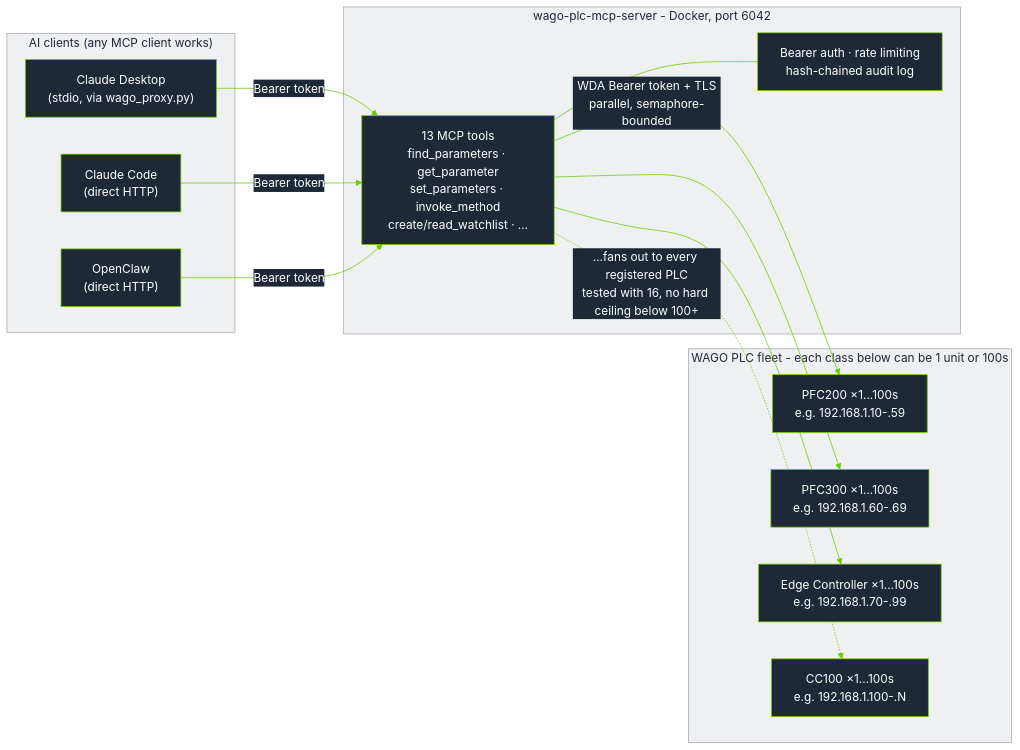
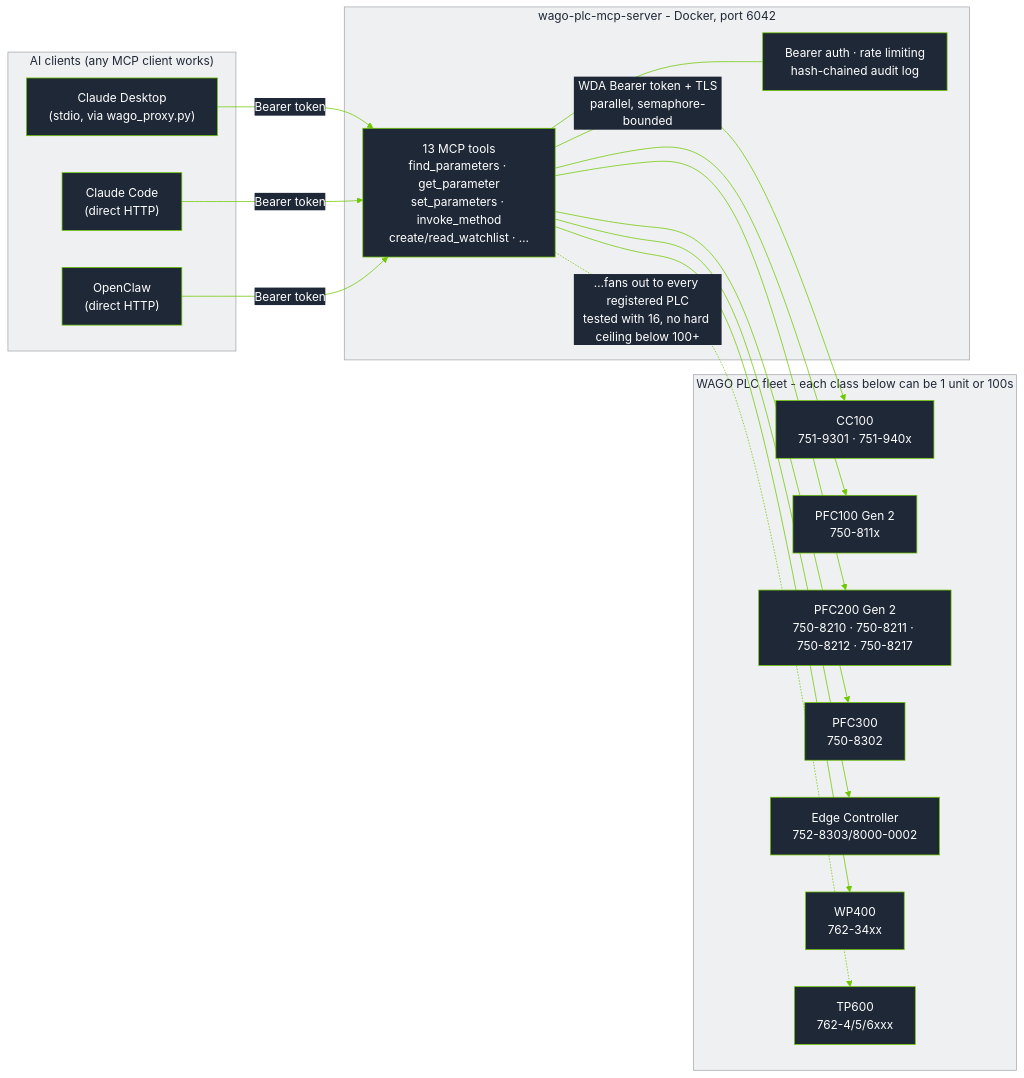
Before and after one commit to WagoAlex/wago-plc-mcp-server: the diagram in README.md, drawn with Mermaid. The commit also changed other lines of this file, not shown here.

Commit message:
docs: correct article numbers, add PFC100 G2 to hardware table and architecture diagram

````diff
--- a/README.md
+++ b/README.md
@@ -84,46 +84,52 @@
 ```mermaid
 %%{init: {'theme':'base', 'themeVariables': {
   'primaryColor':'#1F2837',
   'primaryTextColor':'#ffffff',
   'primaryBorderColor':'#6EC800',
   'lineColor':'#6EC800',
   'secondaryColor':'#EFF0F1',
   'secondaryTextColor':'#1F2837',
   'secondaryBorderColor':'#A5A8AF',
   'tertiaryColor':'#FFFFFF',
   'tertiaryTextColor':'#1F2837',
   'tertiaryBorderColor':'#DEDFE1',
   'fontFamily':'Segoe UI, Helvetica, Arial, sans-serif',
   'clusterBkg':'#EFF0F1',
   'clusterBorder':'#A5A8AF',
   'edgeLabelBackground':'#1F2837'
 }}}%%
 flowchart LR
     subgraph Clients["AI clients (any MCP client works)"]
         CD["Claude Desktop<br/>(stdio, via wago_proxy.py)"]
         CC["Claude Code<br/>(direct HTTP)"]
         OC["OpenClaw<br/>(direct HTTP)"]
     end
 
     CD -- "Bearer token" --> MCP
     CC -- "Bearer token" --> MCP
     OC -- "Bearer token" --> MCP
 
     subgraph Server["wago-plc-mcp-server - Docker, port 6042"]
         MCP["13 MCP tools<br/>find_parameters · get_parameter<br/>set_parameters · invoke_method<br/>create/read_watchlist · …"]
         Guard["Bearer auth · rate limiting<br/>hash-chained audit log"]
         MCP --- Guard
     end
 
     MCP -- "WDA Bearer token + TLS<br/>parallel, semaphore-bounded" --> P1
     MCP --> P2
     MCP --> P3
+    MCP --> P4
+    MCP --> P5
+    MCP --> P6
     MCP -. "…fans out to every registered PLC<br/>tested with 16, no hard ceiling below 100+" .-> Pn
 
     subgraph Fleet["WAGO PLC fleet - each class below can be 1 unit or 100s"]
-        P1["PFC200 ×1...100s<br/>e.g. 192.168.1.10-.59"]
-        P2["PFC300 ×1...100s<br/>e.g. 192.168.1.60-.69"]
-        P3["Edge Controller ×1...100s<br/>e.g. 192.168.1.70-.99"]
-        Pn["CC100 ×1...100s<br/>e.g. 192.168.1.100-.N"]
+        P1["CC100<br/>751-9301 · 751-940x"]
+        P2["PFC100 Gen 2<br/>750-811x"]
+        P3["PFC200 Gen 2<br/>750-8210 · 750-8211 · 750-8212 · 750-8217"]
+        P4["PFC300<br/>750-8302"]
+        P5["Edge Controller<br/>752-8303/8000-0002"]
+        P6["WP400<br/>762-34xx"]
+        Pn["TP600<br/>762-4/5/6xxx"]
     end
 ```
````
